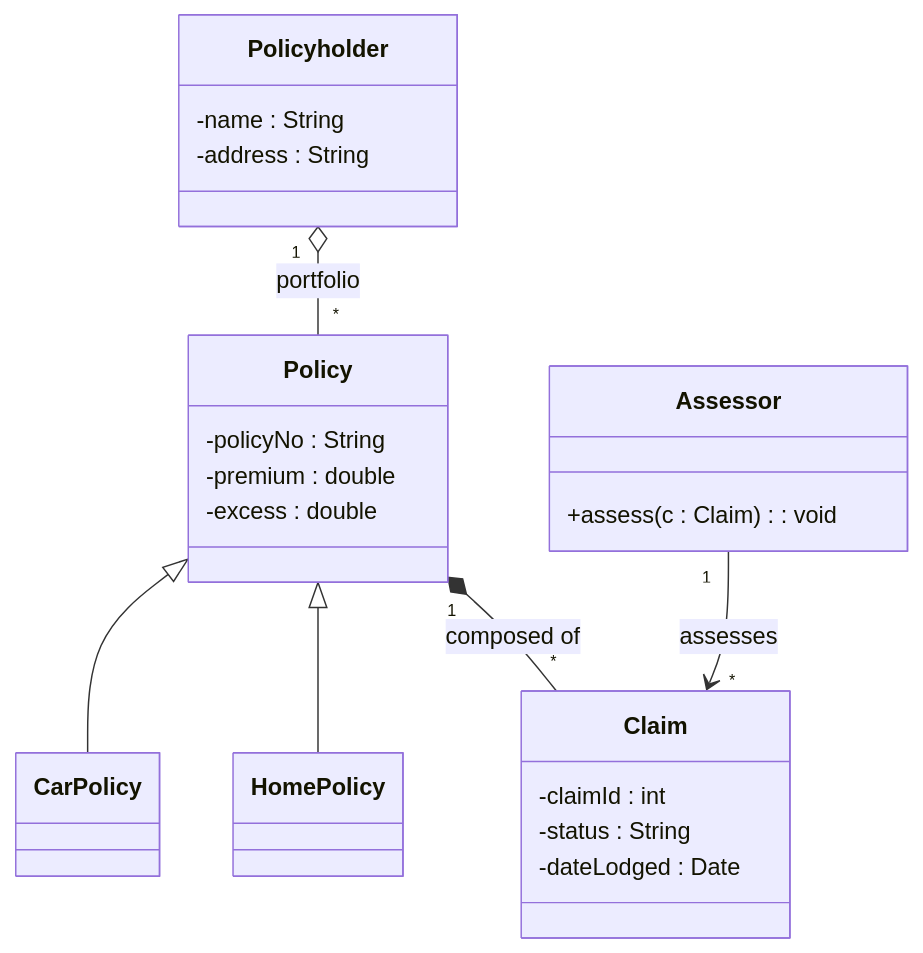
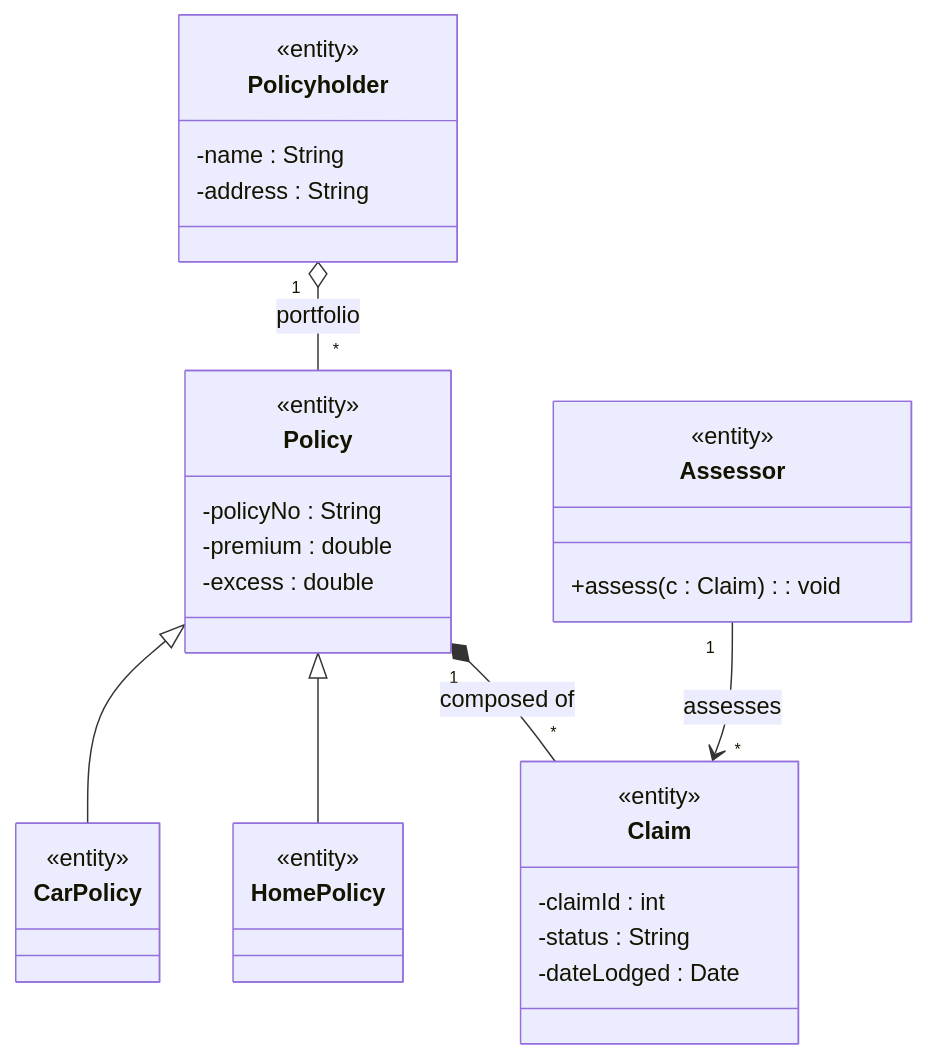
Before and after one commit to Beh69/Software-dev-lectures: the third of 5 diagrams in EXAM-DIAGRAMS-AND-DESCRIPTIONS.md, drawn with Mermaid. The commit also changed other lines of this file and 1 other file, not shown here.

Commit message:
Add BCE stereotypes to worked UML diagrams

````diff
--- a/EXAM-DIAGRAMS-AND-DESCRIPTIONS.md
+++ b/EXAM-DIAGRAMS-AND-DESCRIPTIONS.md
@@ -262,28 +267,36 @@
 ```mermaid
 classDiagram
     class Policyholder {
+        <<entity>>
         -name : String
         -address : String
     }
     class Policy {
+        <<entity>>
         -policyNo : String
         -premium : double
         -excess : double
     }
-    class CarPolicy
-    class HomePolicy
+    class CarPolicy {
+        <<entity>>
+    }
+    class HomePolicy {
+        <<entity>>
+    }
     class Claim {
+        <<entity>>
         -claimId : int
         -status : String
         -dateLodged : Date
     }
     class Assessor {
+        <<entity>>
         +assess(c : Claim): void
     }
 
     Policyholder "1" o-- "*" Policy : portfolio
     Policy <|-- CarPolicy
     Policy <|-- HomePolicy
     Policy "1" *-- "*" Claim : composed of
     Assessor "1" --> "*" Claim : assesses
 ```
````
